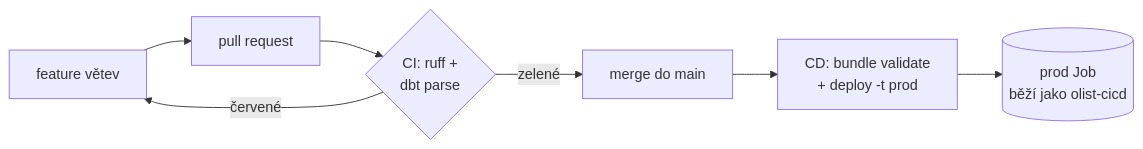
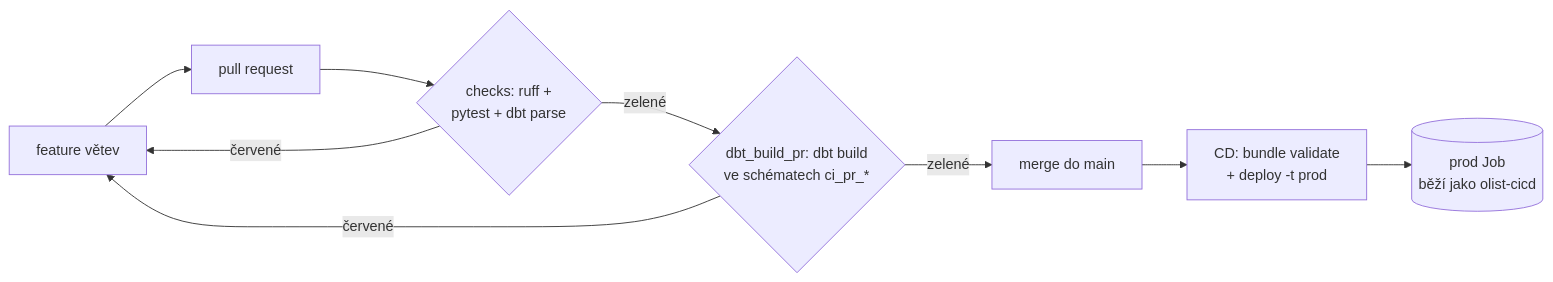
Before and after one commit to ThomasIstok/olist-lakehouse-databricks: the fourth of 4 diagrams in README.cs.md, drawn with Mermaid. The commit also changed other lines of this file and 7 other files, not shown here.

````diff
--- a/README.cs.md
+++ b/README.cs.md
@@ -317,9 +320,11 @@
 ```mermaid
 flowchart LR
     BR[feature větev] --> PR[pull request]
-    PR --> CI{CI: ruff +<br/>dbt parse}
-    CI -- zelené --> MG[merge do main]
+    PR --> CI{checks: ruff +<br/>pytest + dbt parse}
+    CI -- zelené --> DB{dbt_build_pr: dbt build<br/>ve schématech ci_pr_*}
     CI -- červené --> BR
+    DB -- zelené --> MG[merge do main]
+    DB -- červené --> BR
     MG --> CD[CD: bundle validate<br/>+ deploy -t prod]
     CD --> PROD[(prod Job<br/>běží jako olist-cicd)]
 ```
````
